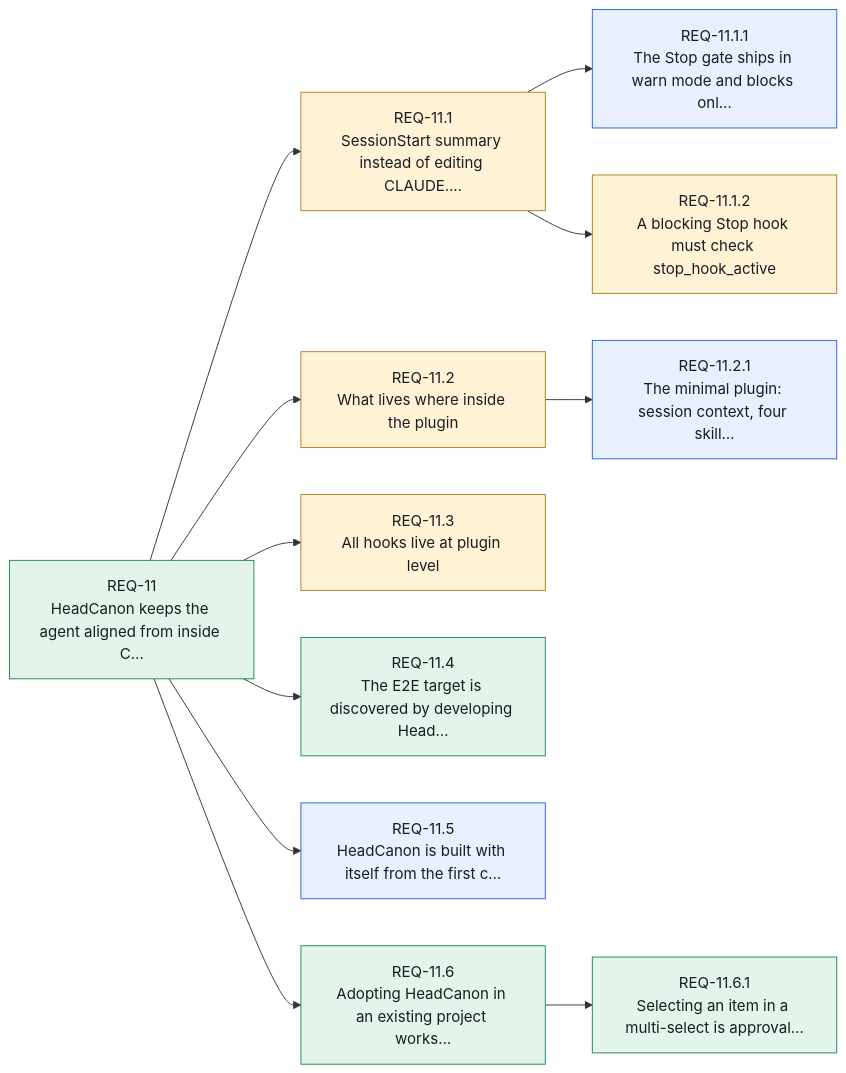
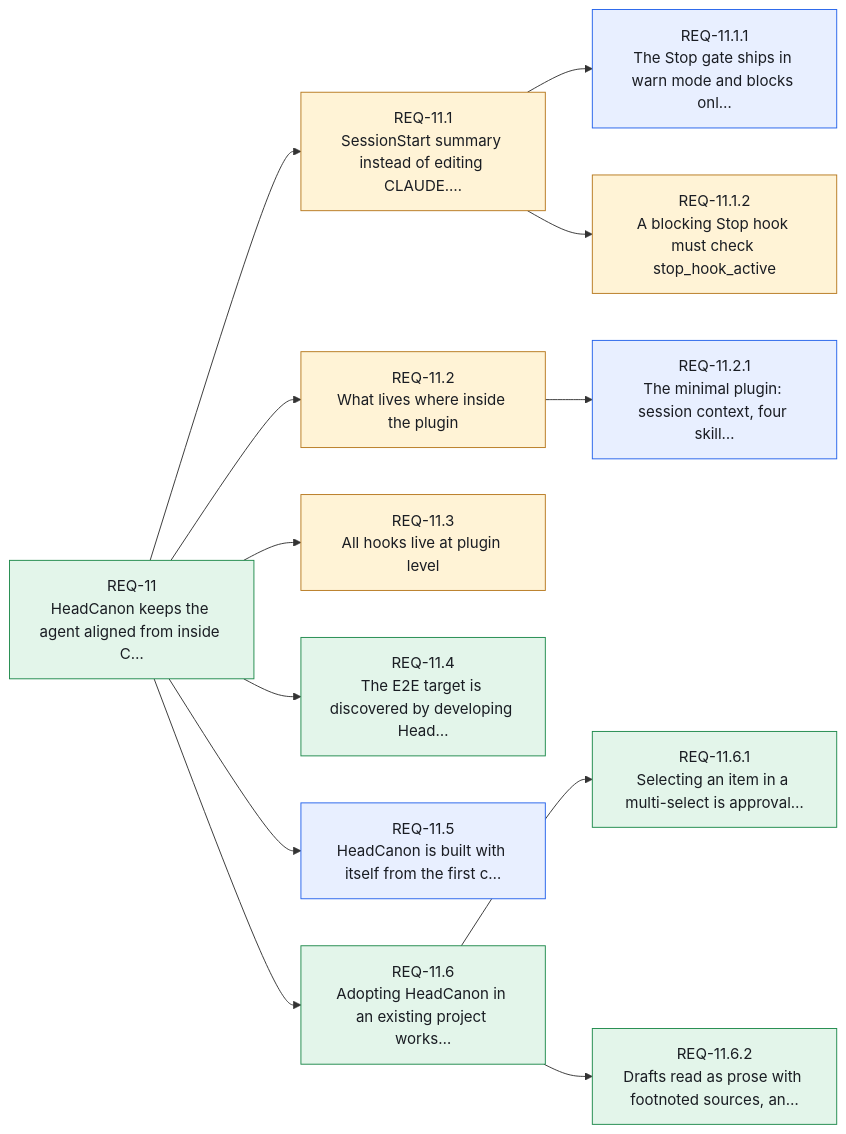
Diagram 12 of 14 in canon/INDEX.md (Althis/headcanon), drawn with Mermaid before and after one commit. The commit also changed other lines of this file and 3 other files, not shown here.

First line of the commit message:
fix(plugin): footnoted sources, layer labels, principles as title plus paragraph

````diff
--- a/canon/INDEX.md
+++ b/canon/INDEX.md
@@ -497,29 +497,31 @@
 ```mermaid
 flowchart LR
     REQ_11["REQ-11<br/>HeadCanon keeps the agent aligned from inside C…"]:::stated
     REQ_11_1["REQ-11.1<br/>SessionStart summary instead of editing CLAUDE.…"]:::assumed
     REQ_11_1_1["REQ-11.1.1<br/>The Stop gate ships in warn mode and blocks onl…"]:::resolved
     REQ_11_1_2["REQ-11.1.2<br/>A blocking Stop hook must check stop_hook_active"]:::assumed
     REQ_11_2["REQ-11.2<br/>What lives where inside the plugin"]:::assumed
     REQ_11_2_1["REQ-11.2.1<br/>The minimal plugin: session context, four skill…"]:::resolved
     REQ_11_3["REQ-11.3<br/>All hooks live at plugin level"]:::assumed
     REQ_11_4["REQ-11.4<br/>The E2E target is discovered by developing Head…"]:::stated
     REQ_11_5["REQ-11.5<br/>HeadCanon is built with itself from the first c…"]:::resolved
     REQ_11_6["REQ-11.6<br/>Adopting HeadCanon in an existing project works…"]:::stated
     REQ_11_6_1["REQ-11.6.1<br/>Selecting an item in a multi-select is approval…"]:::stated
+    REQ_11_6_2["REQ-11.6.2<br/>Drafts read as prose with footnoted sources, an…"]:::stated
     REQ_11 --> REQ_11_1
     REQ_11_1 --> REQ_11_1_1
     REQ_11_1 --> REQ_11_1_2
     REQ_11 --> REQ_11_2
     REQ_11_2 --> REQ_11_2_1
     REQ_11 --> REQ_11_3
     REQ_11 --> REQ_11_4
     REQ_11 --> REQ_11_5
     REQ_11 --> REQ_11_6
     REQ_11_6 --> REQ_11_6_1
+    REQ_11_6 --> REQ_11_6_2
     classDef stated fill:#e3f5ea,stroke:#1f8a4c,color:#1a1d23
     classDef resolved fill:#e8efff,stroke:#2563eb,color:#1a1d23
     classDef assumed fill:#fff3d6,stroke:#b7791f,color:#1a1d23
     classDef open fill:#ece9fb,stroke:#6b5bd2,color:#1a1d23
     classDef contested fill:#fde7e8,stroke:#d13438,color:#1a1d23
 ```
````
